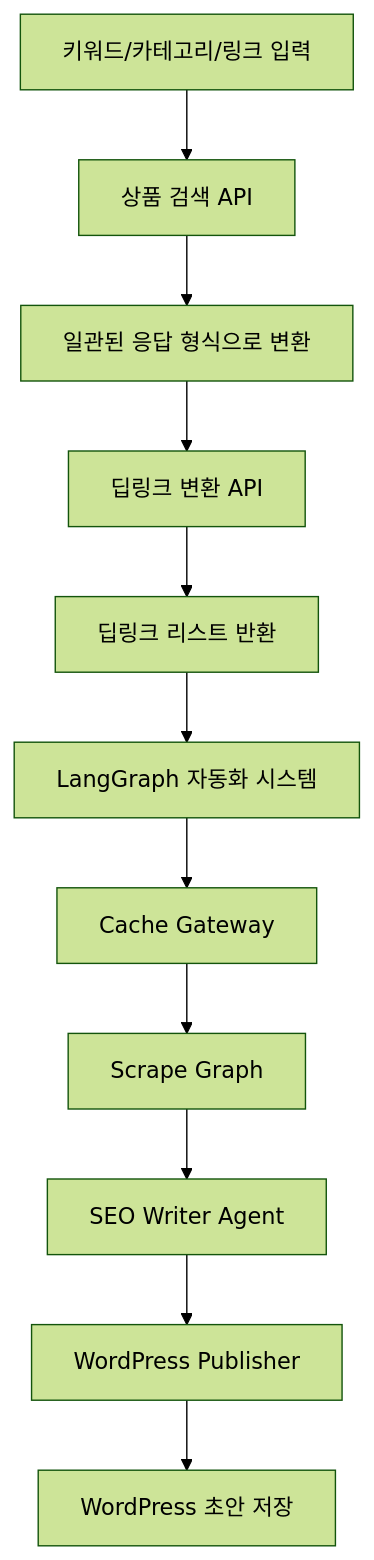
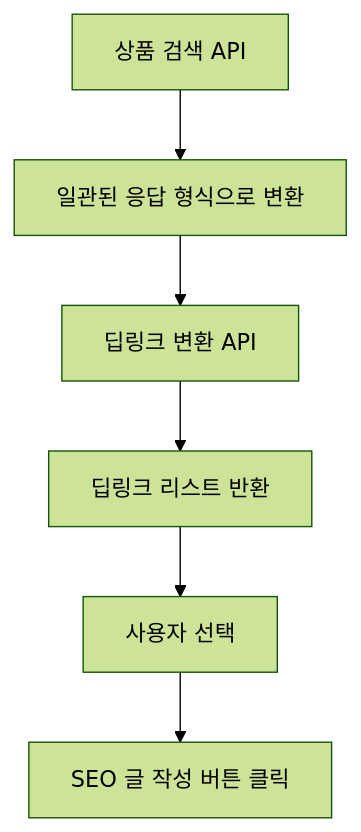
One commit to kjh5848/cp9 changed the second of 7 diagrams in README.md. Above: the diagram before and after it, drawn with Mermaid (forest theme). The commit also changed other lines of this file and 15 other files, not shown here.

````diff
--- a/README.md
+++ b/README.md
@@ -186,13 +198,8 @@
 ```mermaid
 graph TD
-A[키워드/카테고리/링크 입력] --> B[상품 검색 API]
-B --> C[일관된 응답 형식으로 변환]
+B[상품 검색 API] --> C[일관된 응답 형식으로 변환]
 C --> D[딥링크 변환 API]
 D --> E[딥링크 리스트 반환]
-E --> F[LangGraph 자동화 시스템]
-F --> G[Cache Gateway]
-G --> H[Scrape Graph]
-H --> I[SEO Writer Agent]
-I --> J[WordPress Publisher]
-J --> K[WordPress 초안 저장]
+E --> F[사용자 선택]
+F --> G[SEO 글 작성 버튼 클릭]
 ```
````
